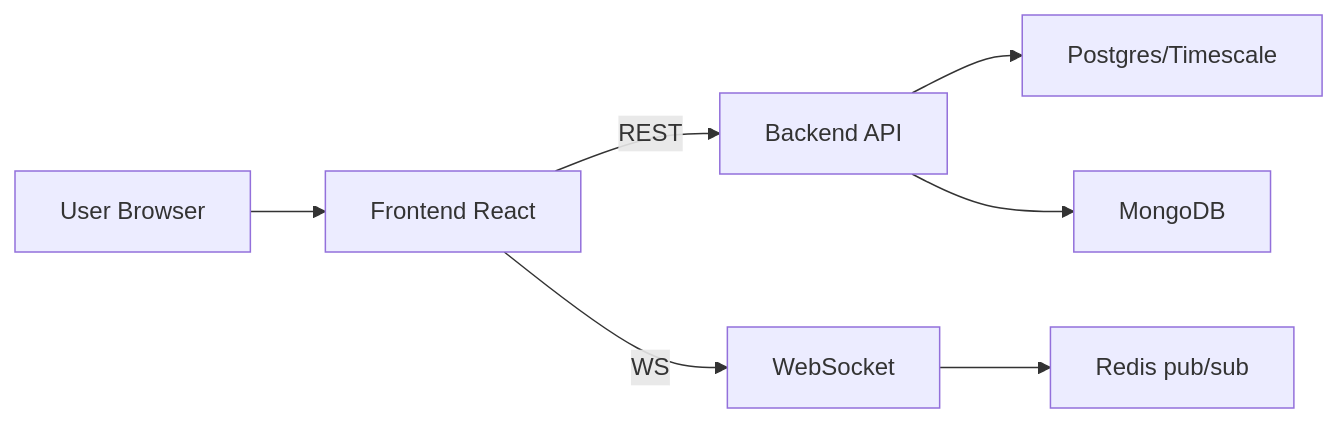
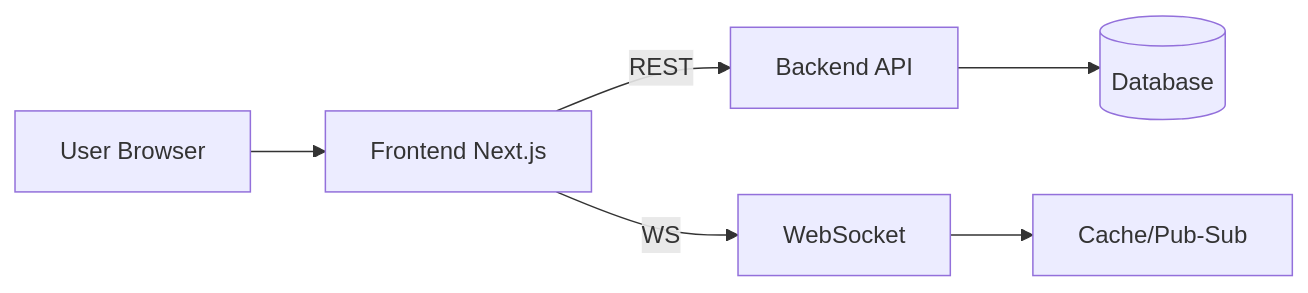
Before and after one commit to HCMUS-Software-Architecture/Back-end: the sixth of 7 diagrams in doc/Features.md, drawn with Mermaid. The commit also changed other lines of this file and 6 other files, not shown here.

Commit message:
Restructure documentation with evolutionary architecture and separate operations guide

````diff
--- a/doc/Features.md
+++ b/doc/Features.md
@@ -132,9 +222,8 @@
 ```mermaid
 flowchart LR
-  U[User Browser] --> FE[Frontend React]
+  U[User Browser] --> FE[Frontend Next.js]
   FE -->|REST| API[Backend API]
   FE -->|WS| WS[WebSocket]
-  API --> PG[Postgres/Timescale]
-  API --> Mongo[MongoDB]
-  WS --> Redis[Redis pub/sub]
+  API --> DB[(Database)]
+  WS --> Cache[Cache/Pub-Sub]
 ```
````
